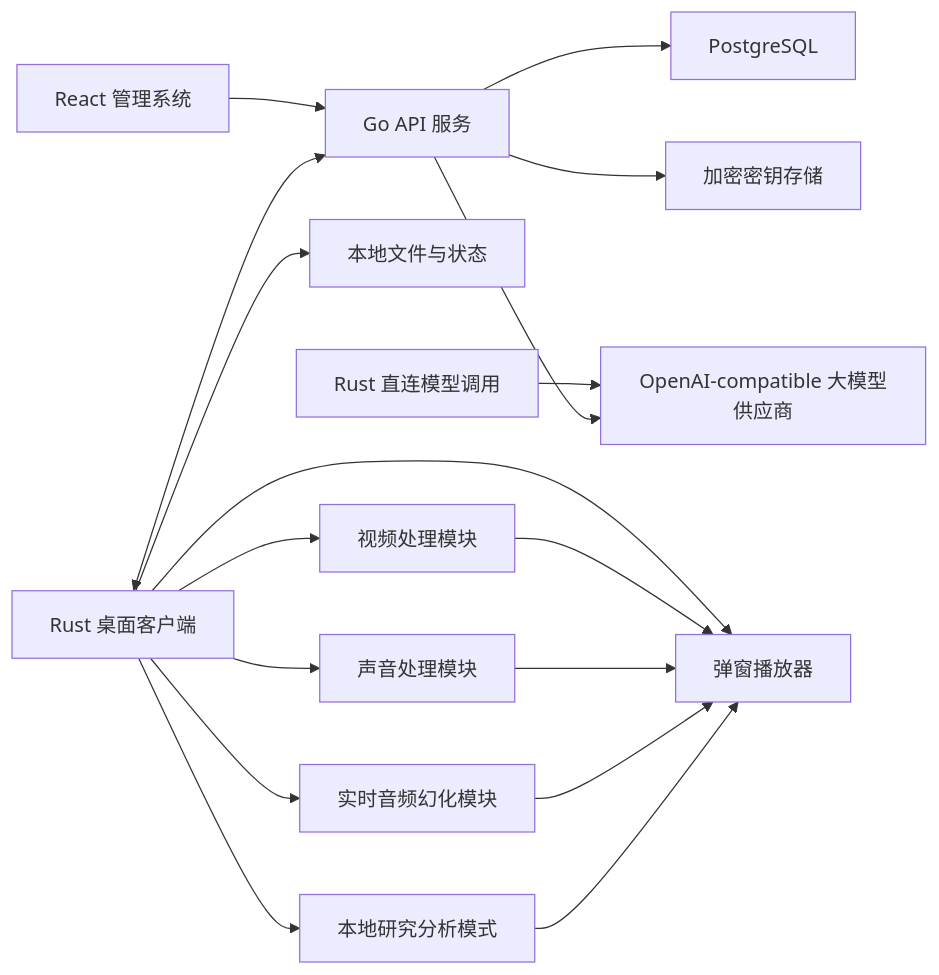
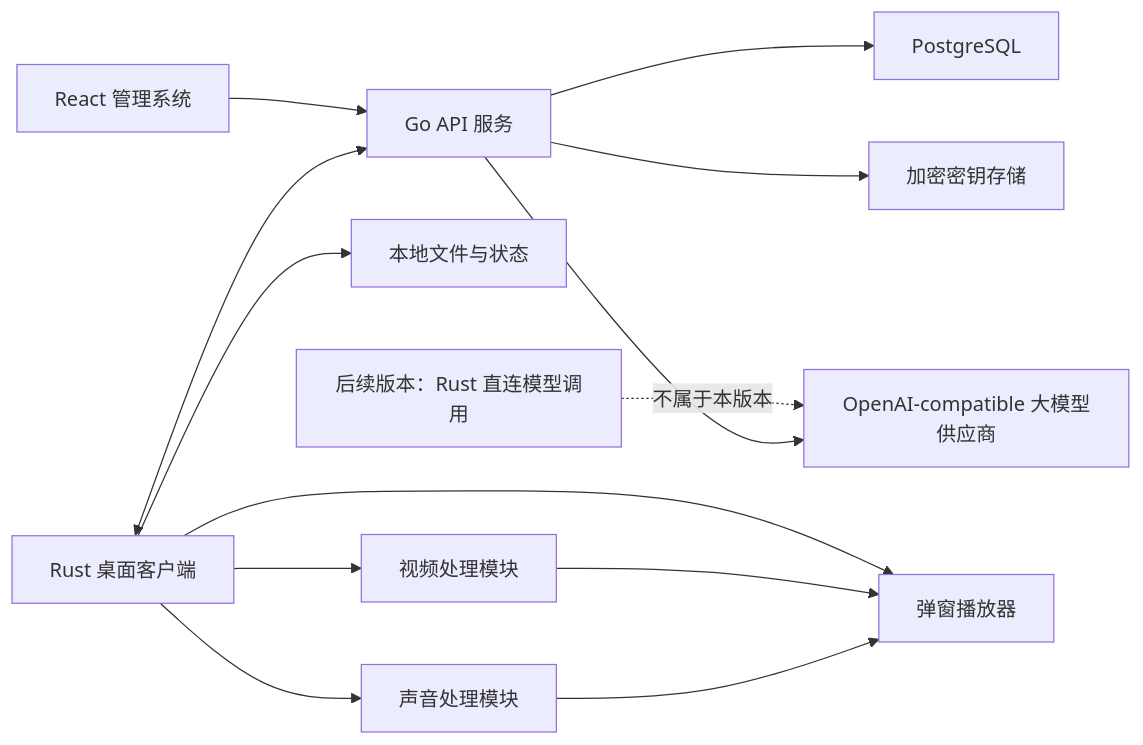
The diagram in 系统架构总览.md (asd494235908/autolive), drawn with Mermaid before and after one commit. The commit also changed other lines of this file and 165 other files, not shown here.

First line of the commit message:
feat(desktop): stabilize PortAudio playback and packaging

````diff
--- a/系统架构总览.md
+++ b/系统架构总览.md
@@ -14,19 +16,15 @@
 ```mermaid
 flowchart LR
     Admin["React 管理系统"] --> API["Go API 服务"]
     API --> DB["PostgreSQL"]
     API --> Secret["加密密钥存储"]
     Desktop["Rust 桌面客户端"] <--> API
     Desktop --> Local["本地文件与状态"]
     Desktop --> Player["弹窗播放器"]
     Desktop --> VideoEffects["视频处理模块"]
     Desktop --> AudioEffects["声音处理模块"]
-    Desktop --> RealtimeAudio["实时音频幻化模块"]
     VideoEffects --> Player
     AudioEffects --> Player
-    RealtimeAudio --> Player
-    Desktop --> Research["本地研究分析模式"]
-    Research --> Player
-    RustModel["Rust 直连模型调用"] --> Provider["OpenAI-compatible 大模型供应商"]
+    FutureRustModel["后续版本：Rust 直连模型调用"] -.不属于本版本.-> Provider["OpenAI-compatible 大模型供应商"]
     API --> Provider
 ```
````
